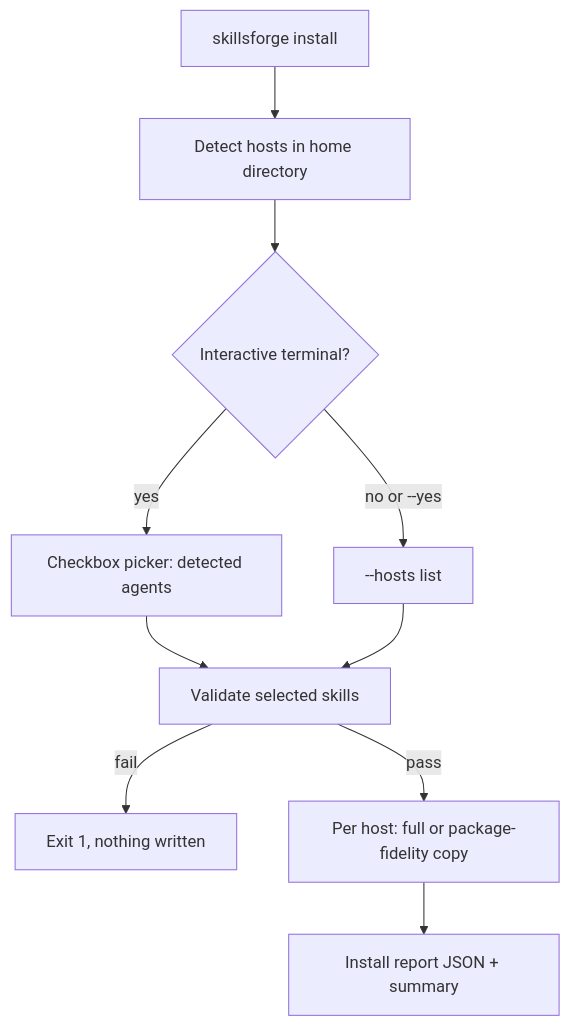
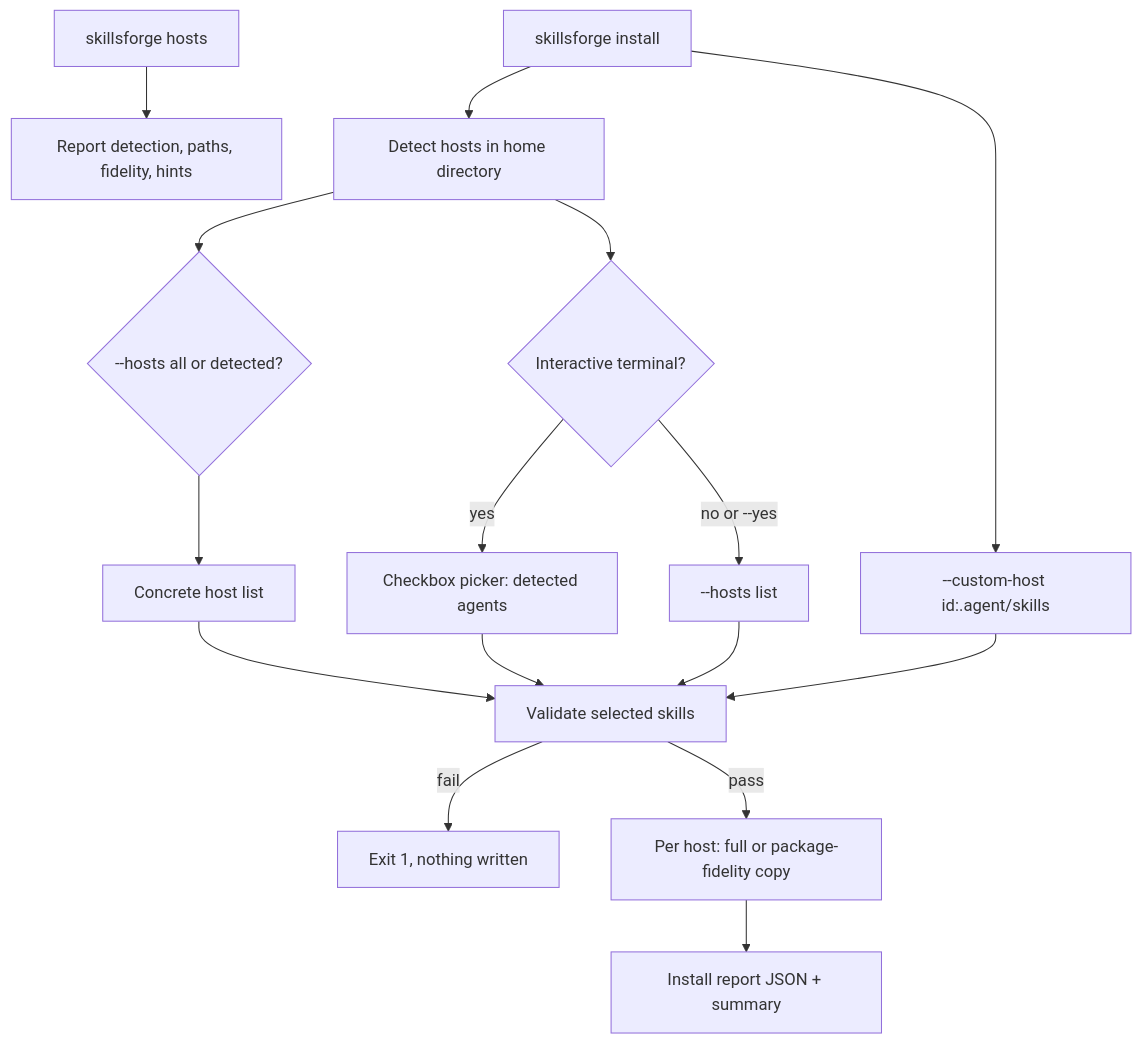
One commit to Tlkh201313/SkillsForge changed the fifth of 5 diagrams in docs/architecture.md. Above: the diagram before and after it, drawn with Mermaid. The commit also changed other lines of this file and 13 other files, not shown here.

````diff
--- a/docs/architecture.md
+++ b/docs/architecture.md
@@ -133,12 +134,18 @@
 ```mermaid
 flowchart TD
+    Hosts["skillsforge hosts"] --> Inspect["Report detection, paths, fidelity, hints"]
     Run["skillsforge install"] --> Detect["Detect hosts in home directory"]
+    Run --> Custom["--custom-host id:.agent/skills"]
+    Detect --> Expand{"--hosts all or detected?"}
+    Expand --> Flags["Concrete host list"]
     Detect --> TUI{"Interactive terminal?"}
     TUI -->|yes| Picker["Checkbox picker: detected agents"]
-    TUI -->|"no or --yes"| Flags["--hosts list"]
+    TUI -->|"no or --yes"| Manual["--hosts list"]
+    Custom --> Validate
     Picker --> Validate["Validate selected skills"]
     Flags --> Validate
+    Manual --> Validate
     Validate -->|fail| Abort["Exit 1, nothing written"]
     Validate -->|pass| Copy["Per host: full or package-fidelity copy"]
     Copy --> Report["Install report JSON + summary"]
 ```
````
